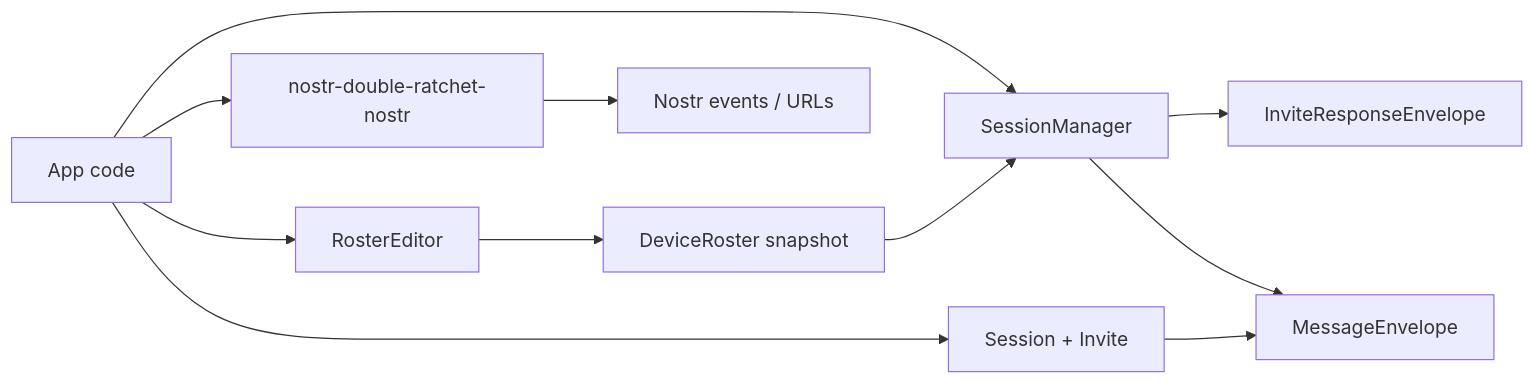
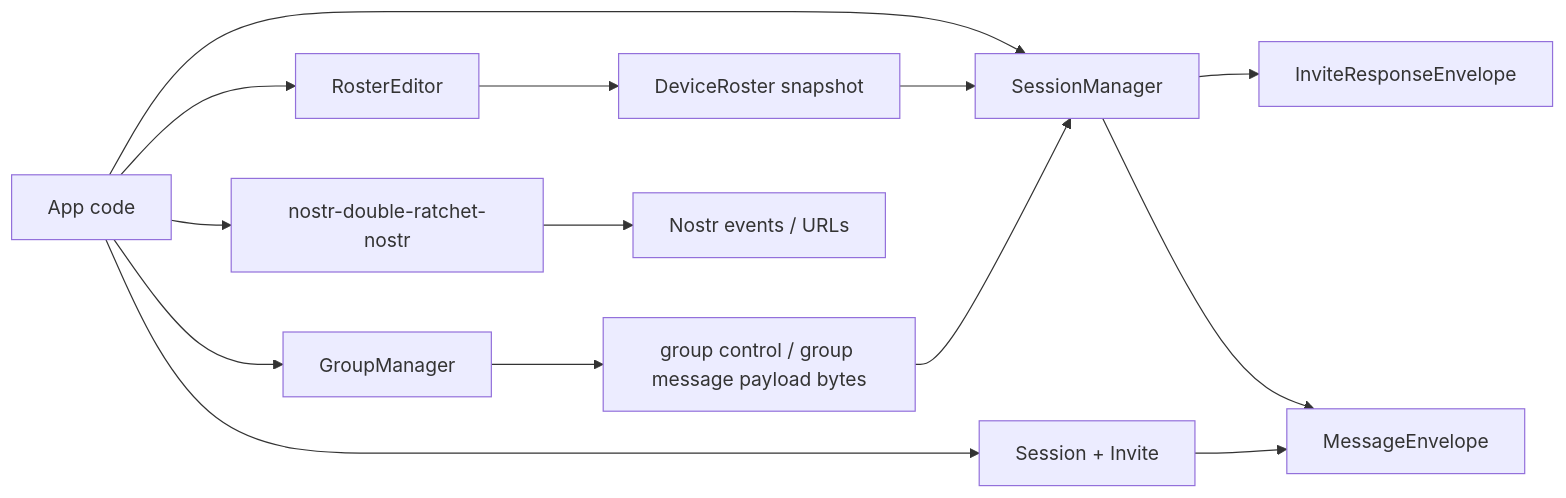
Before and after one commit to lauri000/nostr-double-ratchet: the first of 6 diagrams in rust/crates/nostr-double-ratchet/ARCHITECTURE.md, drawn with Mermaid. The commit also changed other lines of this file and 10 other files, not shown here.

Commit message:
Add pairwise-fanout group manager

````diff
--- a/rust/crates/nostr-double-ratchet/ARCHITECTURE.md
+++ b/rust/crates/nostr-double-ratchet/ARCHITECTURE.md
@@ -20,16 +21,19 @@
 ```mermaid
 flowchart LR
   App["App code"] --> RE["RosterEditor"]
   App --> SM["SessionManager"]
+  App --> GM["GroupManager"]
   App --> D2D["Session + Invite"]
   App --> Adapter["nostr-double-ratchet-nostr"]
 
   RE --> Roster["DeviceRoster snapshot"]
   Roster --> SM
 
   SM --> InviteResponse["InviteResponseEnvelope"]
   SM --> Message["MessageEnvelope"]
+  GM --> GroupPayload["group control / group message payload bytes"]
+  GroupPayload --> SM
   D2D --> Message
 
   Adapter --> Nostr["Nostr events / URLs"]
 ```
````
